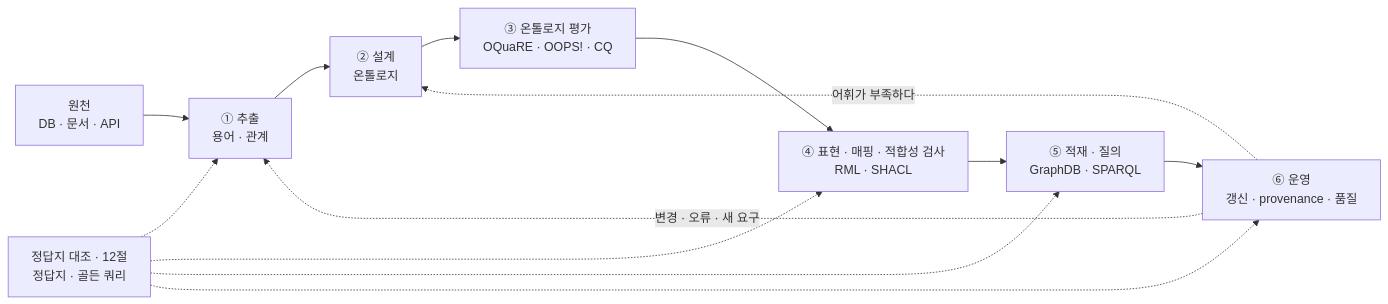
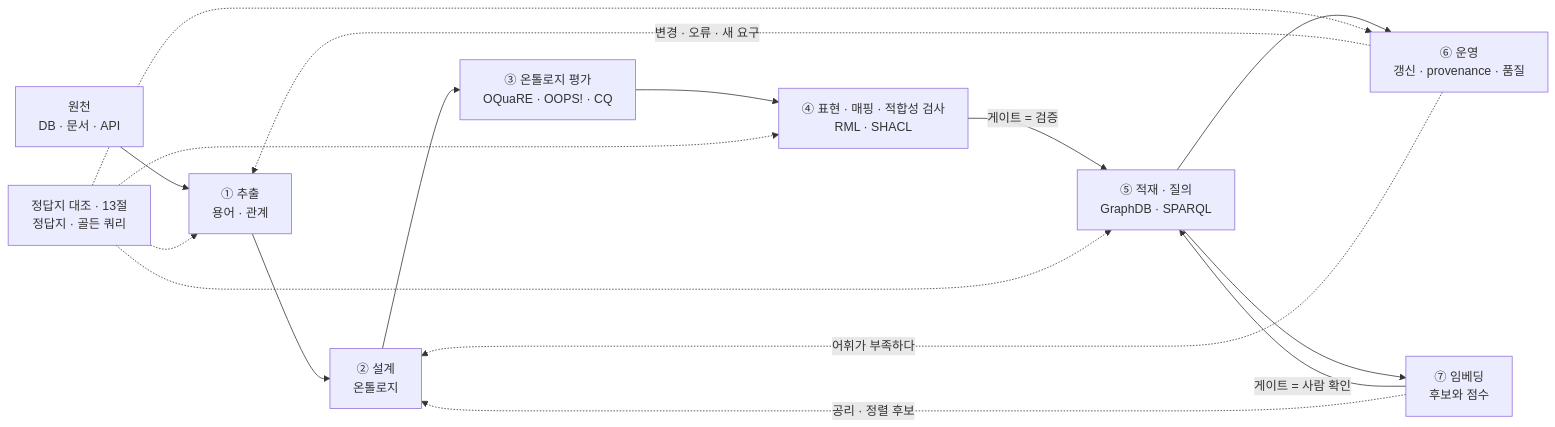
One commit to Junseop-Shin/Work changed the first of 5 diagrams in Study/강의/온톨로지-지식그래프/00-전체-파이프라인.md. Above: the diagram before and after it, drawn with Mermaid. The commit also changed other lines of this file and 5 other files, not shown here.

````diff
--- a/Study/강의/온톨로지-지식그래프/00-전체-파이프라인.md
+++ b/Study/강의/온톨로지-지식그래프/00-전체-파이프라인.md
@@ -88,16 +143,19 @@
 ```mermaid
 graph LR
   S["원천<br/>DB · 문서 · API"] --> E["① 추출<br/>용어 · 관계"]
   E --> D["② 설계<br/>온톨로지"]
   D --> V["③ 온톨로지 평가<br/>OQuaRE · OOPS! · CQ"]
   V --> M["④ 표현 · 매핑 · 적합성 검사<br/>RML · SHACL"]
-  M --> L["⑤ 적재 · 질의<br/>GraphDB · SPARQL"]
+  M -->|"게이트 = 검증"| L["⑤ 적재 · 질의<br/>GraphDB · SPARQL"]
   L --> O["⑥ 운영<br/>갱신 · provenance · 품질"]
+  L --> EMB["⑦ 임베딩<br/>후보와 점수"]
+  EMB -->|"게이트 = 사람 확인"| L
+  EMB -.->|"공리 · 정렬 후보"| D
   O -.->|변경 · 오류 · 새 요구| E
   O -.->|어휘가 부족하다| D
-  CHK["정답지 대조 · 12절<br/>정답지 · 골든 쿼리"]
+  CHK["정답지 대조 · 13절<br/>정답지 · 골든 쿼리"]
   CHK -.-> E
   CHK -.-> M
   CHK -.-> L
   CHK -.-> O
 ```
````
